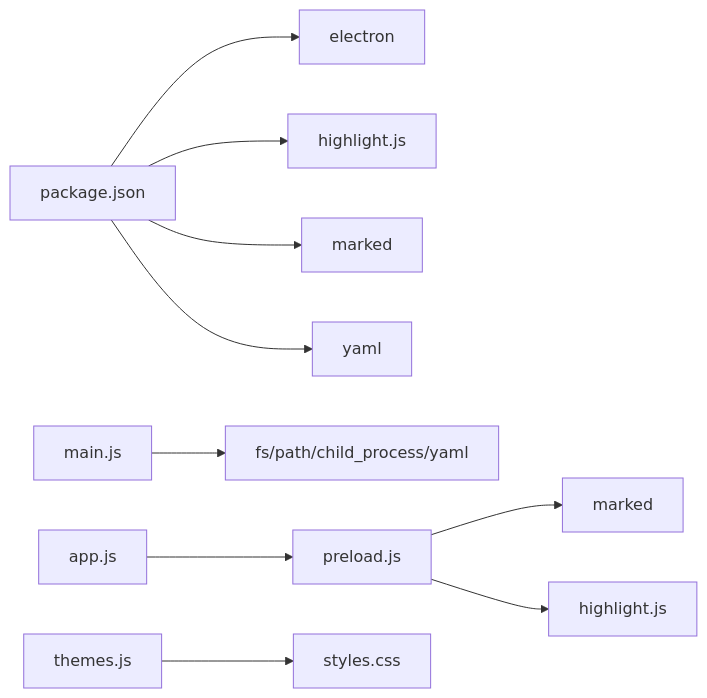
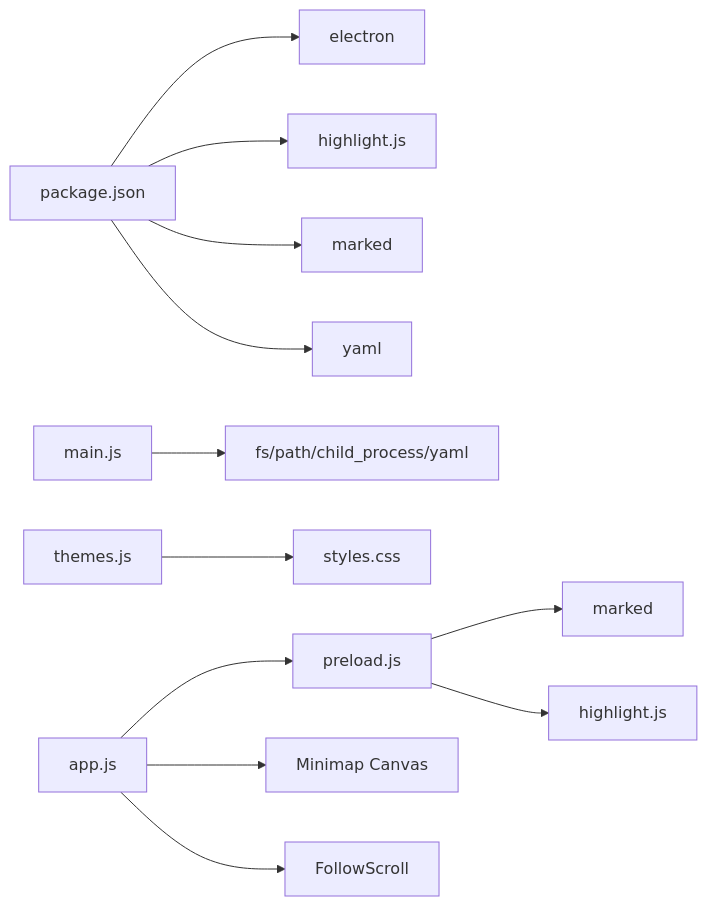
Before and after one commit to swond-Mao/Tiffa: the sixth of 6 diagrams in .qoder/repowiki/zh/content/用户界面/前端架构概览.md, drawn with Mermaid. The commit also changed other lines of this file and 25 other files, not shown here.

````diff
--- a/.qoder/repowiki/zh/content/用户界面/前端架构概览.md
+++ b/.qoder/repowiki/zh/content/用户界面/前端架构概览.md
@@ -293,12 +333,14 @@
 ```mermaid
 graph LR
 PKG["package.json"] --> DEP1["electron"]
 PKG --> DEP2["highlight.js"]
 PKG --> DEP3["marked"]
 PKG --> DEP4["yaml"]
 MAIN["main.js"] --> FS["fs/path/child_process/yaml"]
 PRELOAD["preload.js"] --> MARKED["marked"]
 PRELOAD --> HLJS["highlight.js"]
 APP["app.js"] --> PRELOAD
 THEME["themes.js"] --> CSS["styles.css"]
+APP --> MINIMAP["Minimap Canvas"]
+APP --> FOLLOW["FollowScroll"]
 ```
````
